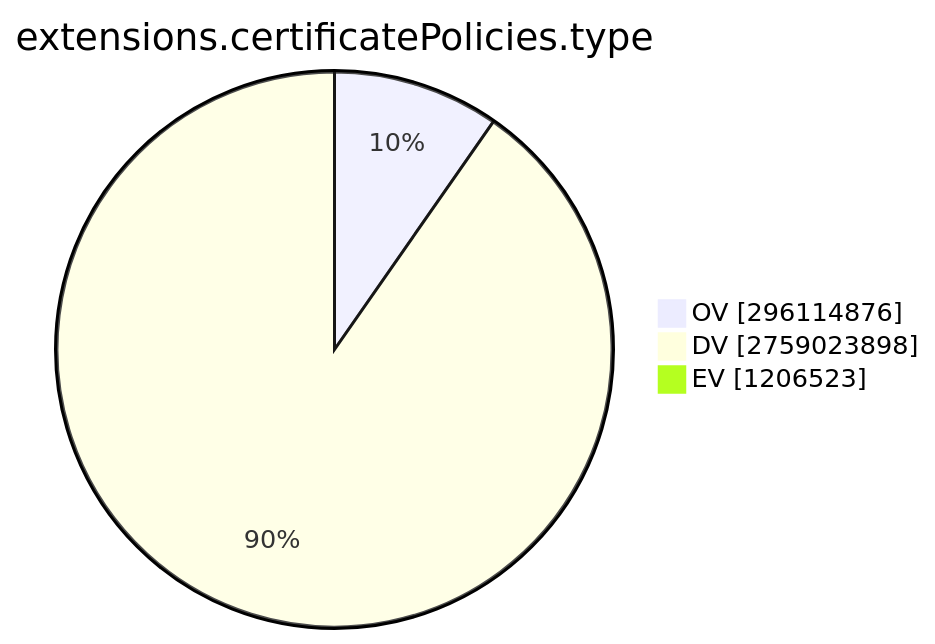
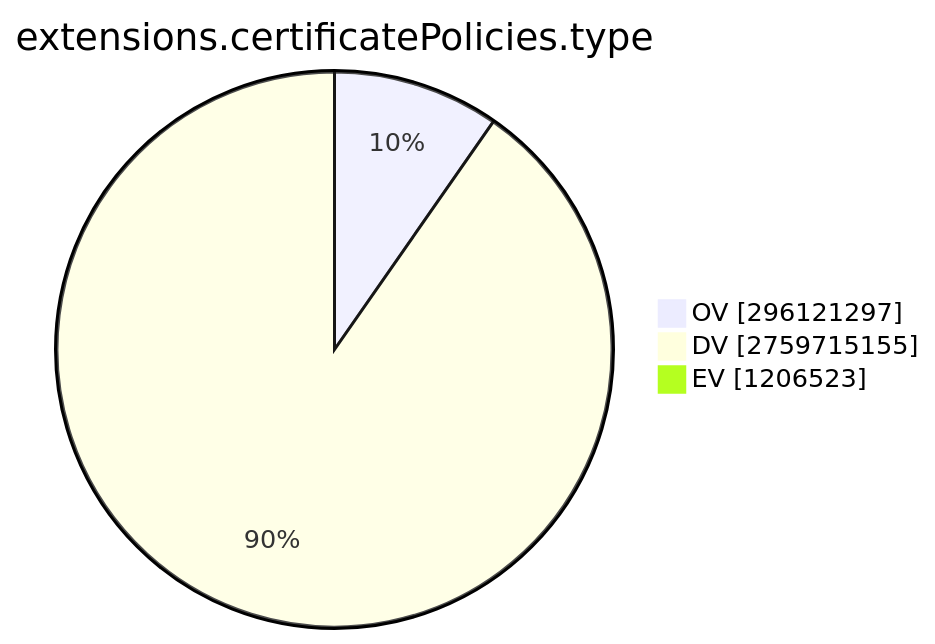
One commit to christiankrug/ctmonitor_visualization changed the ninth of 15 diagrams in TOTAL/README.md. Above: the diagram before and after it, drawn with Mermaid. The commit also changed other lines of this file, not shown here.

````diff
--- a/TOTAL/README.md
+++ b/TOTAL/README.md
@@ -3099,7 +3099,7 @@
 ```mermaid
 pie showData
 title extensions.certificatePolicies.type
-"OV" :296114876
-"DV" :2759023898
+"OV" :296121297
+"DV" :2759715155
 "EV" :1206523
 ```
````
